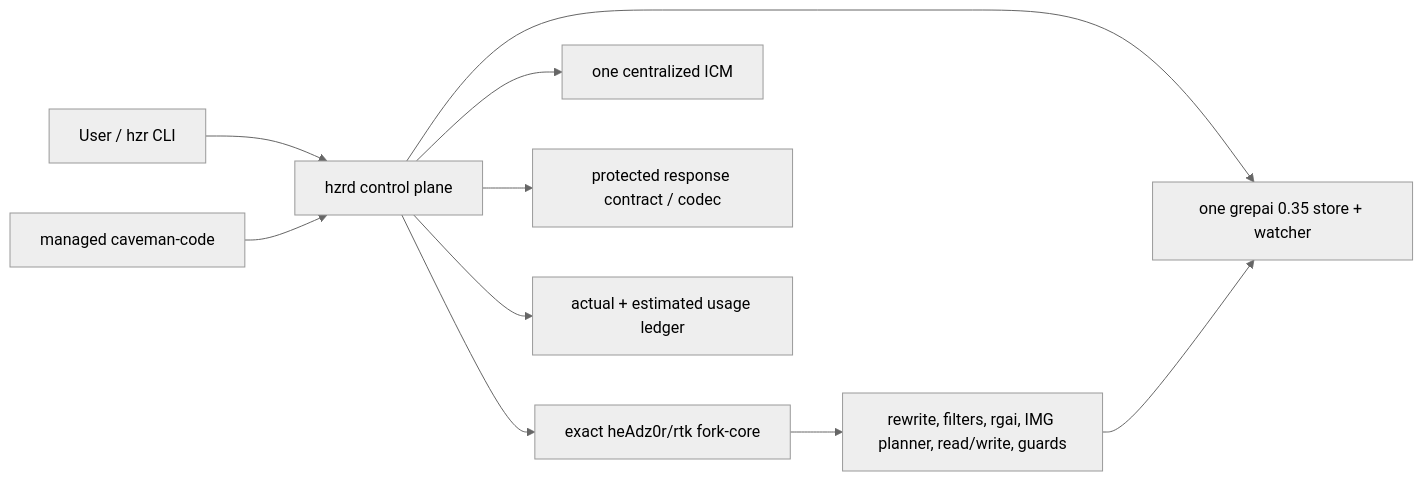
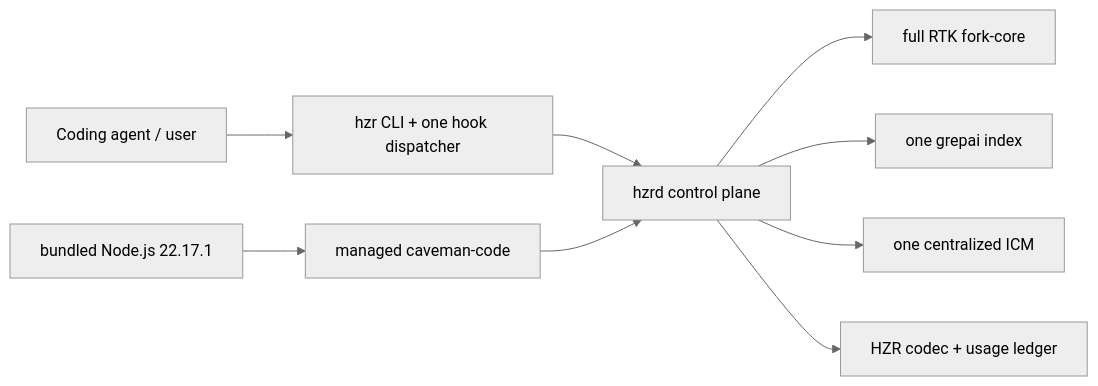
The diagram in README.md (heAdz0r/hzr), drawn with Mermaid (neutral theme) before and after one commit. The commit also changed other lines of this file and 85 other files, not shown here.

Commit message:
feat: release HZR 0.2.0 unified control plane

````diff
--- a/README.md
+++ b/README.md
@@ -27,12 +35,11 @@
 ```mermaid
 flowchart LR
-    U["User / hzr CLI"] --> D["hzrd control plane"]
-    C["managed caveman-code"] --> D
-    D --> F["exact heAdz0r/rtk fork-core"]
-    D --> I["one grepai 0.35 store + watcher"]
-    D --> M["one centralized ICM"]
-    D --> K["protected response contract / codec"]
-    D --> L["actual + estimated usage ledger"]
-    F --> R["rewrite, filters, rgai, IMG planner, read/write, guards"]
-    R --> I
+    A["Coding agent / user"] --> H["hzr CLI + one hook dispatcher"]
+    H --> D["hzrd control plane"]
+    D --> R["full RTK fork-core"]
+    D --> G["one grepai index"]
+    D --> I["one centralized ICM"]
+    D --> C["HZR codec + usage ledger"]
+    V["managed caveman-code"] --> D
+    N["bundled Node.js 22.17.1"] --> V
 ```
````
